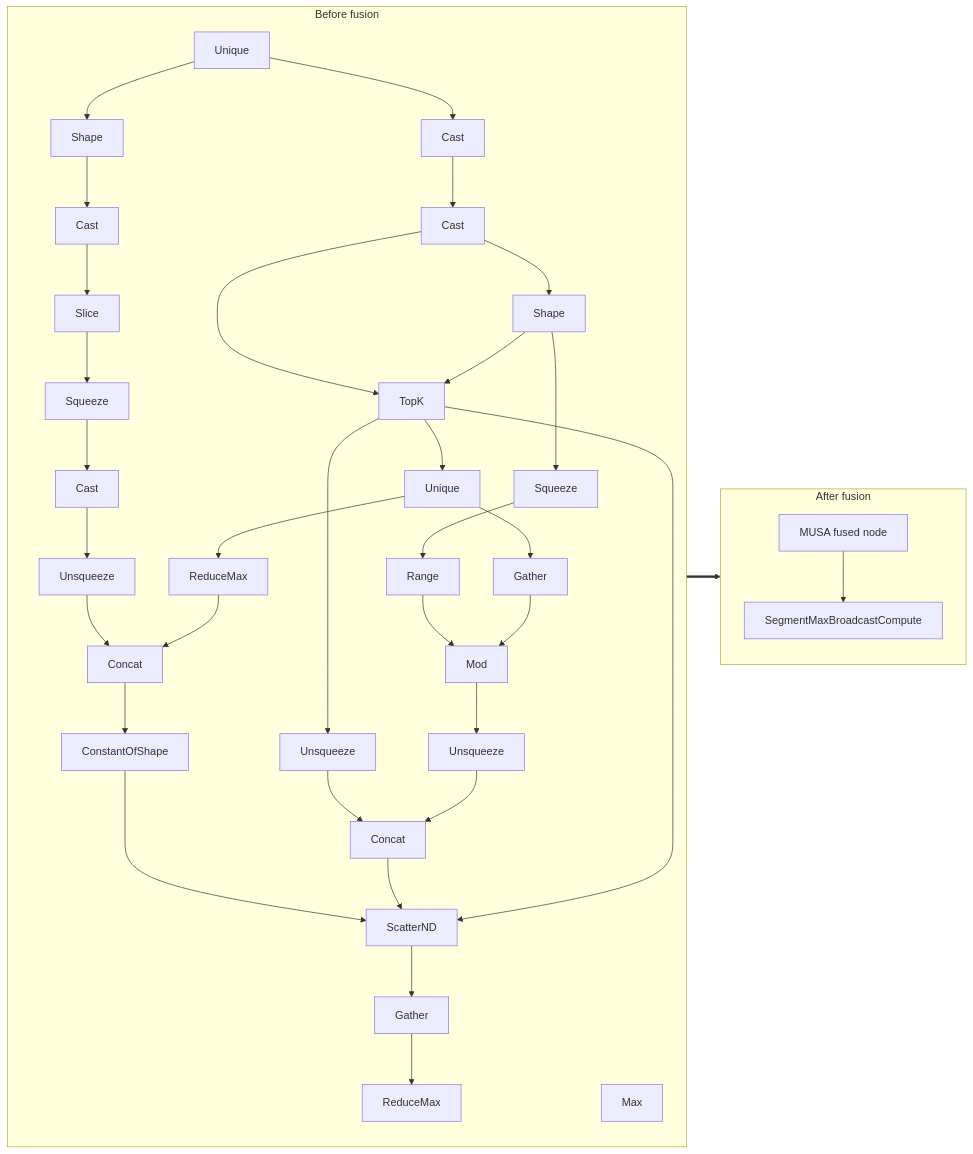
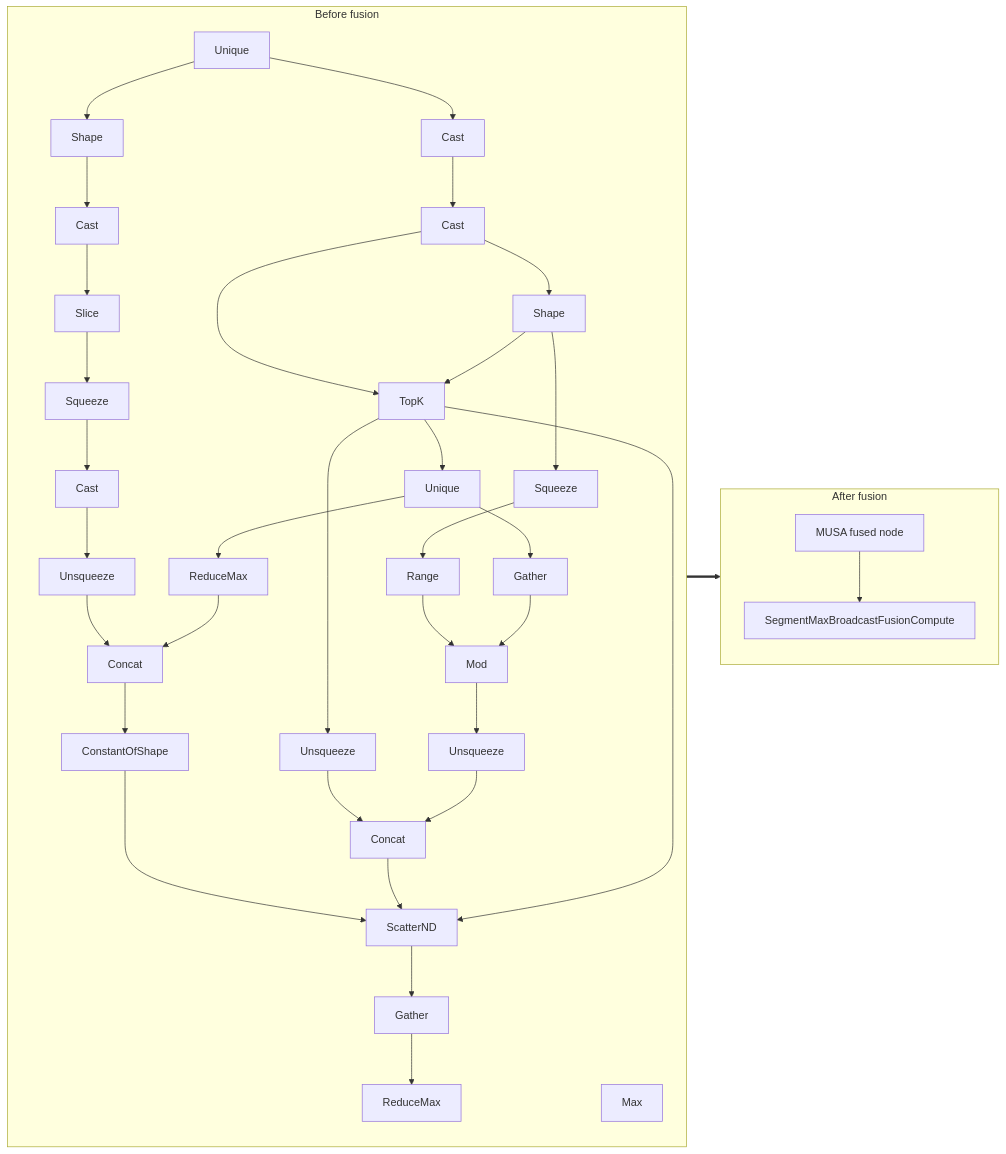
One commit to MooreThreads/onnxruntime-musa changed the diagram in musa/docs/fusion/segment_max_broadcast.md. Above: the diagram before and after it, drawn with Mermaid. The commit also changed other lines of this file and 45 other files, not shown here.

````diff
--- a/musa/docs/fusion/segment_max_broadcast.md
+++ b/musa/docs/fusion/segment_max_broadcast.md
@@ -24,67 +24,67 @@
 ```mermaid
 flowchart LR
   subgraph Before[Before fusion]
     B0["Unique"]
     B1["Cast"]
     B2["Cast"]
     B3["Shape"]
     B4["TopK"]
     B5["Unsqueeze"]
     B6["Unique"]
     B7["ReduceMax"]
     B8["Gather"]
     B9["Squeeze"]
     B10["Range"]
     B11["Mod"]
     B12["Unsqueeze"]
     B13["Concat"]
     B14["Shape"]
     B15["Cast"]
     B16["Slice"]
     B17["Squeeze"]
     B18["Cast"]
     B19["Unsqueeze"]
     B20["Concat"]
     B21["ConstantOfShape"]
     B22["ScatterND"]
     B23["Gather"]
     B24["ReduceMax"]
     B25["Max"]
     B0 --> B1
     B1 --> B2
     B2 --> B3
     B2 --> B4
     B3 --> B4
     B4 --> B5
     B4 --> B6
     B6 --> B7
     B6 --> B8
     B3 --> B9
     B9 --> B10
     B10 --> B11
     B8 --> B11
     B11 --> B12
     B5 --> B13
     B12 --> B13
     B0 --> B14
     B14 --> B15
     B15 --> B16
     B16 --> B17
     B17 --> B18
     B18 --> B19
     B19 --> B20
     B7 --> B20
     B20 --> B21
     B21 --> B22
     B13 --> B22
     B4 --> B22
     B22 --> B23
     B23 --> B24
   end
   subgraph After[After fusion]
     A0["MUSA fused node"]
-    A1["SegmentMaxBroadcastCompute"]
+    A1["SegmentMaxBroadcastFusionCompute"]
     A0 --> A1
   end
   Before ==> After
 ```
````
